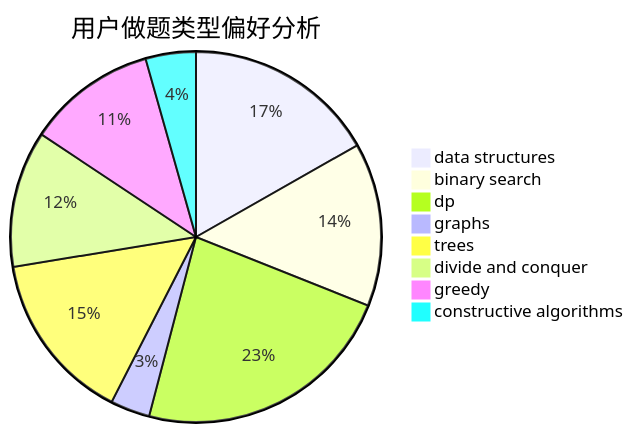
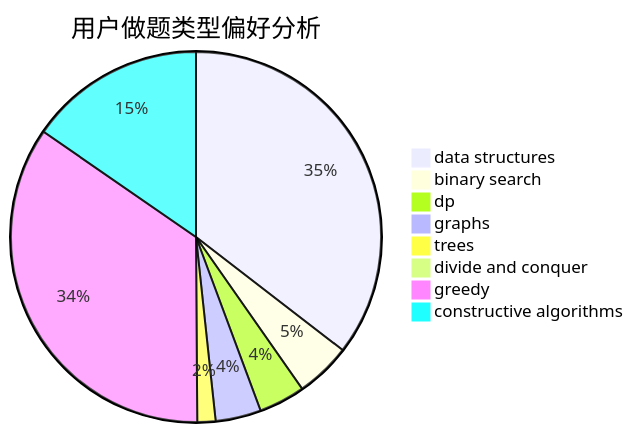
The second of 3 diagrams in docs/user/u1123.md (sherpahu/cfrs.github.io), drawn with Mermaid before and after one commit. The commit also changed other lines of this file and 2770 other files, not shown here.

````diff
--- a/docs/user/u1123.md
+++ b/docs/user/u1123.md
@@ -23,11 +23,11 @@
 ```mermaid
 pie title 用户做题类型偏好分析
-    "data structures" :  107
-    "binary search" :  91
-    "dp" :  147
-    "graphs" :  22
-    "trees" :  95
-    "divide and conquer" :  76
-    "greedy" :  72
-    "constructive algorithms" :  28
+    "data structures" :  491
+    "binary search" :  67
+    "dp" :  56
+    "graphs" :  55
+    "trees" :  22
+    "divide and conquer" :  10
+    "greedy" :  481
+    "constructive algorithms" :  213
 ```
````
